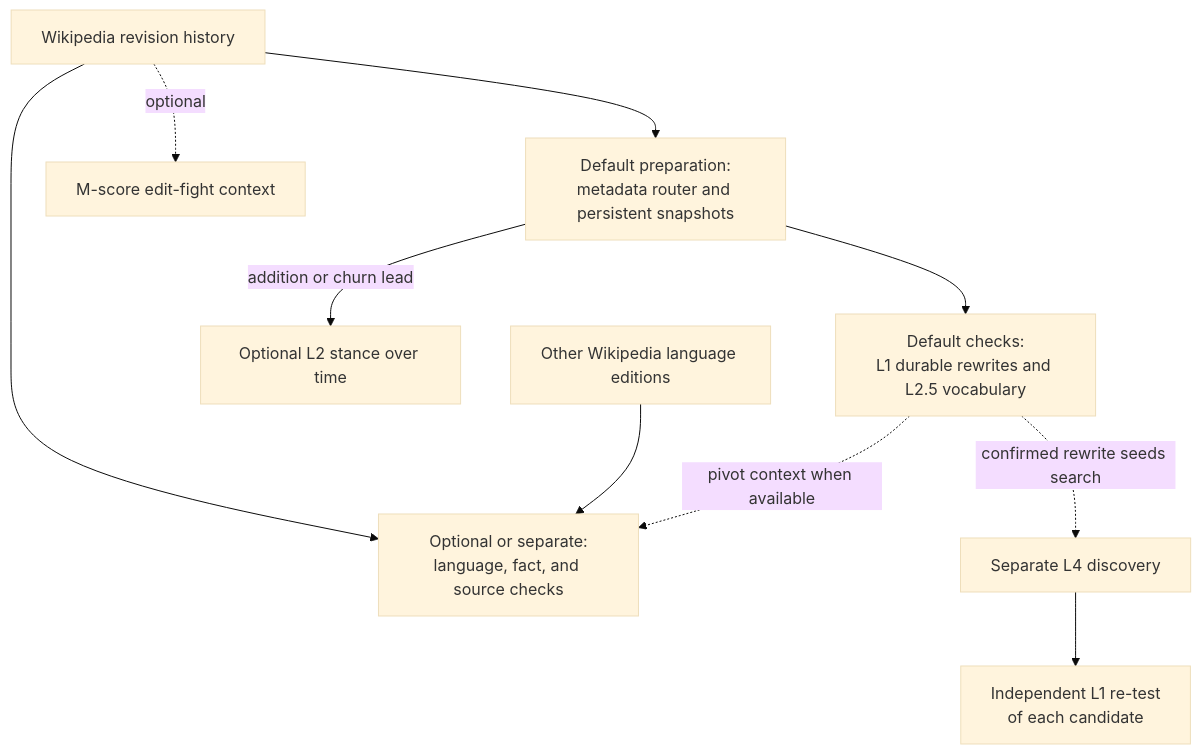
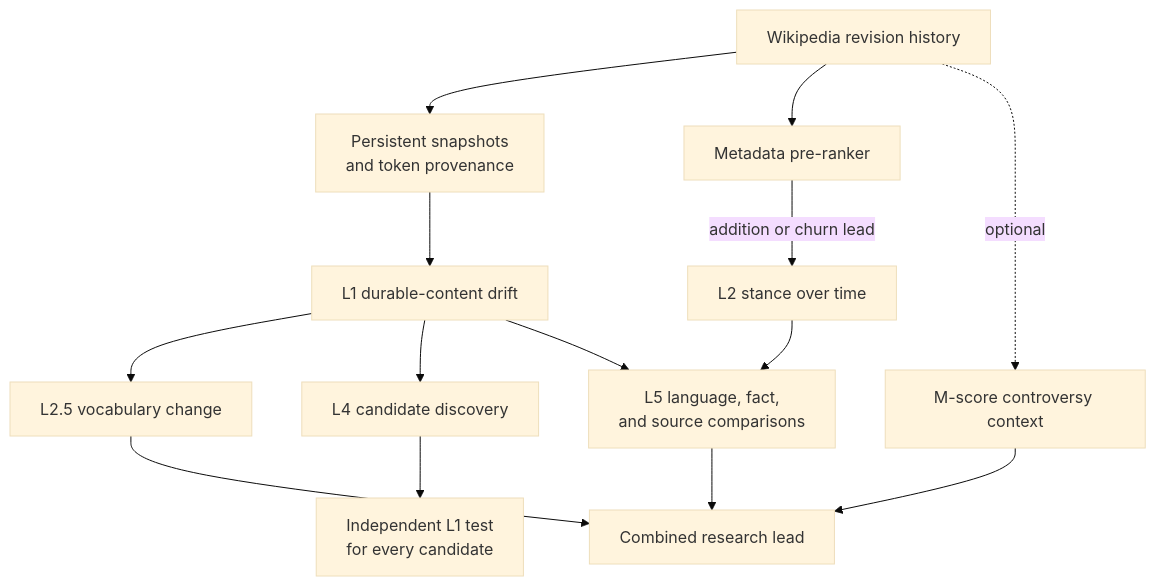
One commit to jackreichert/wikidrift changed the diagram in viewer/templates/methodology.md. Above: the diagram before and after it, drawn with Mermaid (base theme). The commit also changed other lines of this file and 15 other files, not shown here.

````diff
--- a/viewer/templates/methodology.md
+++ b/viewer/templates/methodology.md
@@ -112,14 +34,18 @@
 ```mermaid
 flowchart TD
-  accTitle: How WikiDrift checks fit together
-  accDescr: Wikipedia revision history feeds default metadata and snapshot preparation, then L1 rewrite and vocabulary checks. Addition or churn can route to optional stance analysis. Other optional checks cover edit fights, languages, facts, and sources. A confirmed rewrite can seed discovery, but every discovered article receives an independent L1 test.
-  A[Wikipedia revision history] --> B[Default preparation:<br/>metadata router and persistent snapshots]
-  B --> C[Default checks:<br/>L1 durable rewrites and L2.5 vocabulary]
-  B -->|addition or churn lead| D[Optional L2 stance over time]
-  A -.->|optional| E[M-score edit-fight context]
-  A --> F[Optional or separate:<br/>language, fact, and source checks]
-  X[Other Wikipedia language editions] --> F
-  C -.->|pivot context when available| F
-  C -.->|confirmed rewrite seeds search| G[Separate L4 discovery]
-  G --> H[Independent L1 re-test<br/>of each candidate]
+  accTitle: WikiDrift analysis layers
+  accDescr: Wikipedia revision history feeds persistent snapshots, a metadata router, and controversy context. Persistent snapshots feed the main rewrite detector. Detected changes can be interpreted with stance and vocabulary checks, used to discover other candidates for independent testing, or compared with other languages and citation history. All outputs become research leads.
+  A[Wikipedia revision history] --> B[Persistent snapshots<br/>and token provenance]
+  A --> C[Metadata pre-ranker]
+  B --> D[L1 durable-content drift]
+  C -->|addition or churn lead| E[L2 stance over time]
+  D --> F[L2.5 vocabulary change]
+  A -.->|optional| G[M-score controversy context]
+  D --> H[L4 candidate discovery]
+  H --> I[Independent L1 test<br/>for every candidate]
+  D --> J[L5 language, fact,<br/>and source comparisons]
+  E --> J
+  F --> K[Combined research lead]
+  G --> K
+  J --> K
 ```
````
